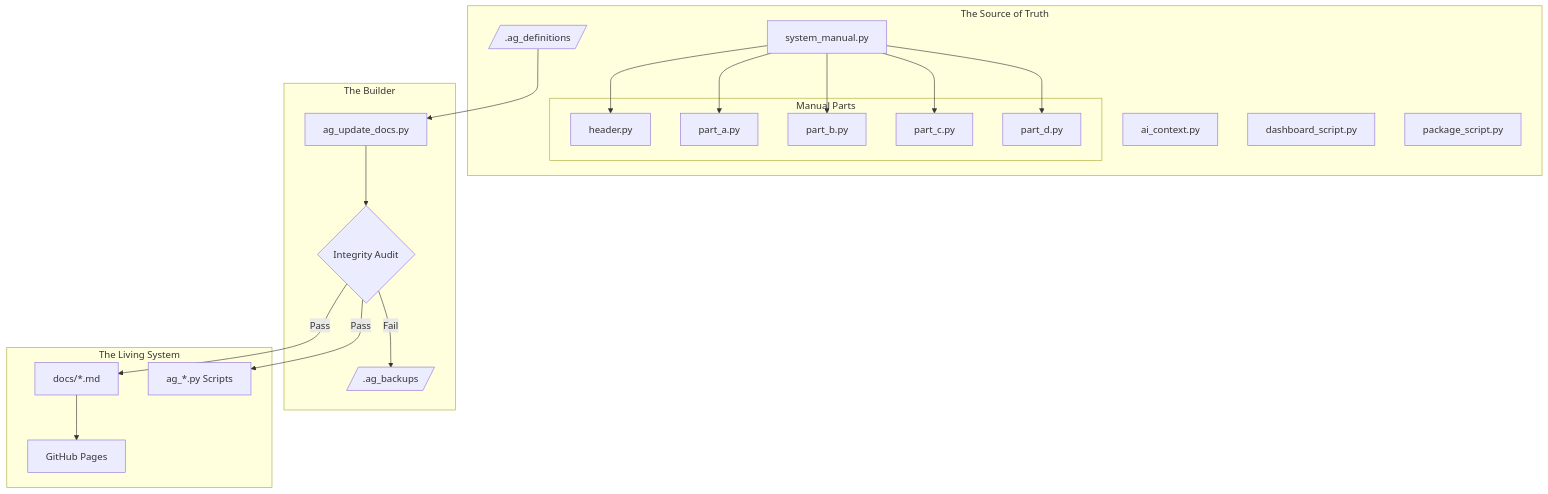
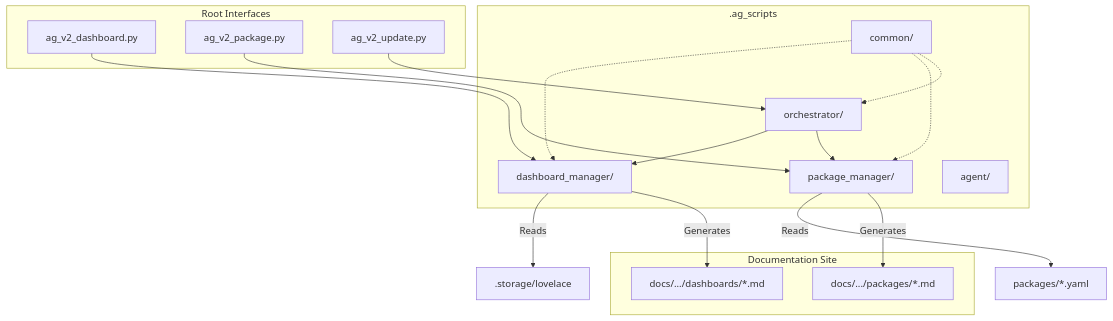
The diagram in docs/system_manual/architecture.md (EvisHome/EvisHomeLab), drawn with Mermaid before and after one commit. The commit also changed other lines of this file and 13 other files, not shown here.

````diff
--- a/docs/system_manual/architecture.md
+++ b/docs/system_manual/architecture.md
@@ -22,39 +22,34 @@
 ```mermaid
 graph TD
-    subgraph Hidden Source [The Source of Truth]
-        Def[/.ag_definitions/]
-        Man[system_manual.py]
-        Ctx[ai_context.py]
-        Tools[dashboard_script.py]
-        PkgTools[package_script.py]
-        
-        subgraph Manual Parts
-             Header[header.py]
-             PartA[part_a.py]
-             PartB[part_b.py]
-             PartC[part_c.py]
-             PartD[part_d.py]
-        end
-        
-        Man --> Header & PartA & PartB & PartC & PartD
+    subgraph Core Logic [.ag_scripts]
+        Common[common/]
+        Dash[dashboard_manager/]
+        Pkg[package_manager/]
+        Orch[orchestrator/]
+        Agent[agent/]
     end
 
-    subgraph The Orchestrator [The Builder]
-        Upd[ag_update_docs.py]
-        Audit{Integrity Audit}
-        Backup[/.ag_backups/]
+    subgraph Shims [Root Interfaces]
+        V2_Dash[ag_v2_dashboard.py]
+        V2_Pkg[ag_v2_package.py]
+        V2_Upd[ag_v2_update.py]
     end
 
-    subgraph The Output [The Living System]
-        MD[docs/*.md]
-        LiveTools[ag_*.py Scripts]
-        Web[GitHub Pages]
+    subgraph Output [Documentation Site]
+        MD_Dash[docs/.../dashboards/*.md]
+        MD_Pkg[docs/.../packages/*.md]
     end
 
-    Def --> Upd
-    Upd --> Audit
-    Audit -- Fail --> Backup
-    Audit -- Pass --> MD
-    Audit -- Pass --> LiveTools
-    MD --> Web
+    V2_Dash --> Dash
+    V2_Pkg --> Pkg
+    V2_Upd --> Orch
+    
+    Orch --> Dash & Pkg
+    Dash -->|Reads|.storage/lovelace
+    Pkg -->|Reads|packages/*.yaml
+    
+    Dash -->|Generates| MD_Dash
+    Pkg -->|Generates| MD_Pkg
+    
+    Common -.-> Dash & Pkg & Orch
 ```
````
